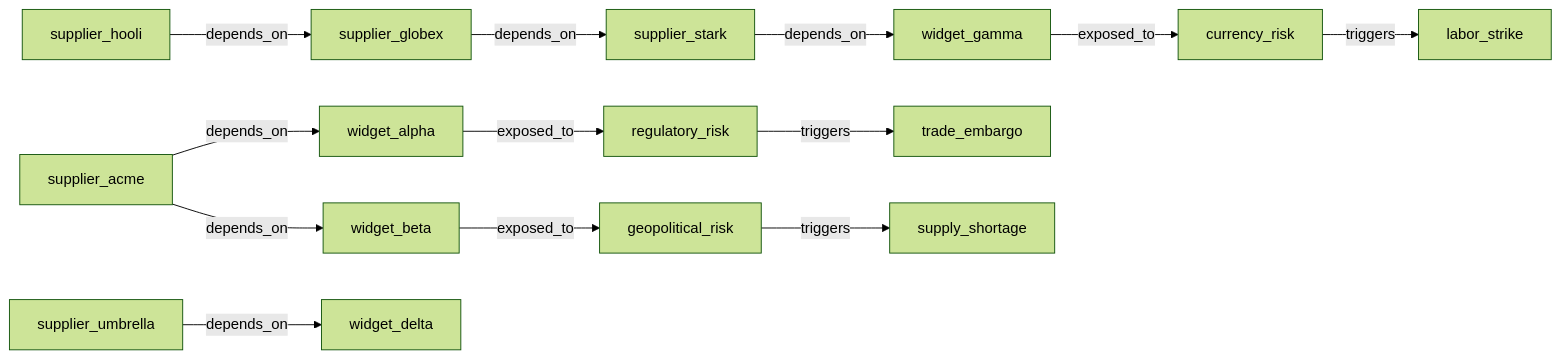
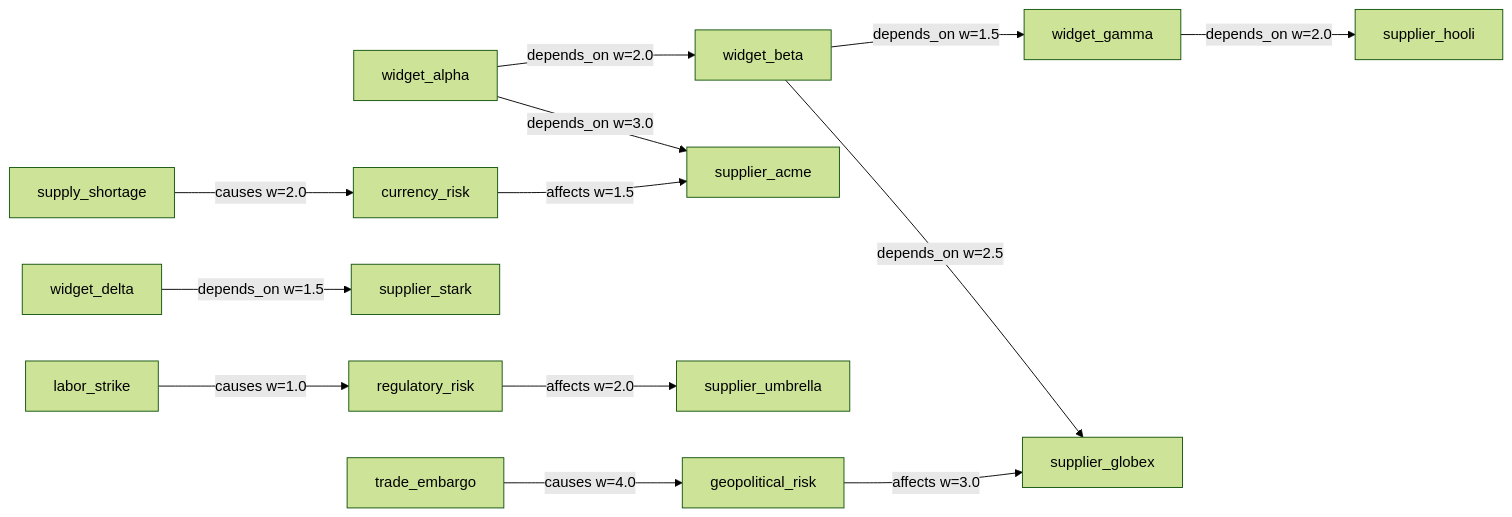
One commit to antquinonez/Hyper3 changed the diagram in examples/showcase/belief/uncertainty_confidence/README.md. Above: the diagram before and after it, drawn with Mermaid (forest theme). The commit also changed other lines of this file and 5 other files, not shown here.

First line of the commit message:
Fix belief showcase examples: inaccurate mermaid/text, missing sections, internal API migration

````diff
--- a/examples/showcase/belief/uncertainty_confidence/README.md
+++ b/examples/showcase/belief/uncertainty_confidence/README.md
@@ -71,16 +75,17 @@
 ```mermaid
 graph LR
-    supplier_acme -->|depends_on| widget_alpha
-    supplier_acme -->|depends_on| widget_beta
-    supplier_stark -->|depends_on| widget_gamma
-    supplier_globex -->|depends_on| supplier_stark
-    supplier_hooli -->|depends_on| supplier_globex
-    supplier_umbrella -->|depends_on| widget_delta
+    widget_alpha -->|depends_on w=3.0| supplier_acme
+    widget_beta -->|depends_on w=2.5| supplier_globex
+    widget_gamma -->|depends_on w=2.0| supplier_hooli
+    widget_delta -->|depends_on w=1.5| supplier_stark
+    widget_alpha -->|depends_on w=2.0| widget_beta
+    widget_beta -->|depends_on w=1.5| widget_gamma
 
-    widget_alpha -->|exposed_to| regulatory_risk
-    widget_beta -->|exposed_to| geopolitical_risk
-    widget_gamma -->|exposed_to| currency_risk
-    regulatory_risk -->|triggers| trade_embargo
-    geopolitical_risk -->|triggers| supply_shortage
-    currency_risk -->|triggers| labor_strike
+    regulatory_risk -->|affects w=2.0| supplier_umbrella
+    geopolitical_risk -->|affects w=3.0| supplier_globex
+    currency_risk -->|affects w=1.5| supplier_acme
+
+    trade_embargo -->|causes w=4.0| geopolitical_risk
+    supply_shortage -->|causes w=2.0| currency_risk
+    labor_strike -->|causes w=1.0| regulatory_risk
 ```
````
